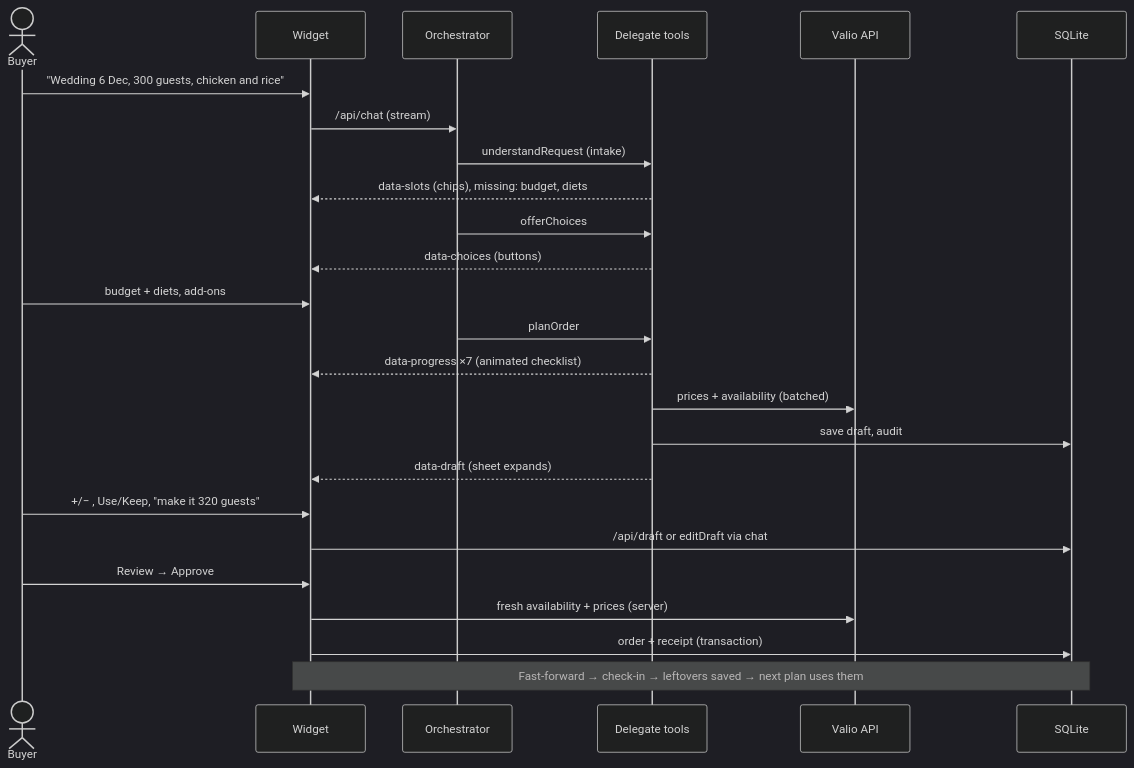
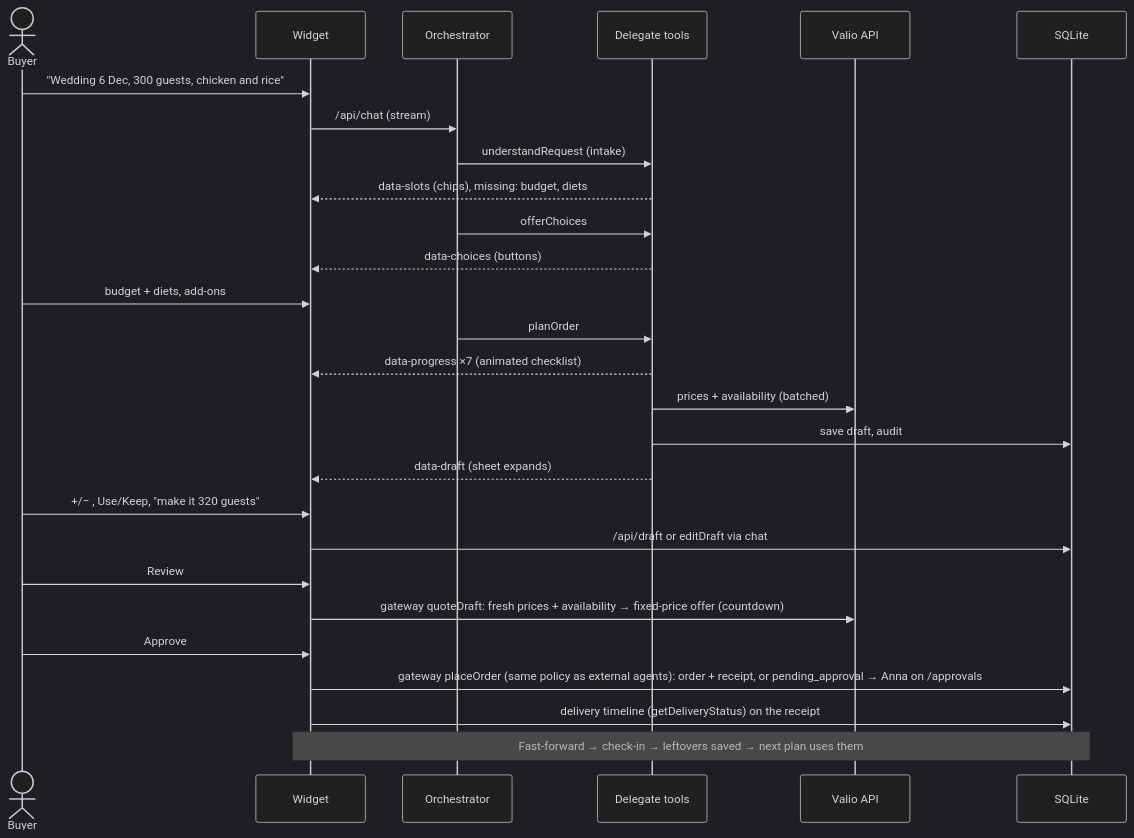
One commit to Viettranni/AimoValio-Junction2026 changed the second of 2 diagrams in ARCHITECTURE.md. Above: the diagram before and after it, drawn with Mermaid (dark theme). The commit also changed other lines of this file and 2 other files, not shown here.

Commit message:
Document the widget as a gateway client and the delivery timeline

````diff
--- a/ARCHITECTURE.md
+++ b/ARCHITECTURE.md
@@ -76,27 +77,29 @@
 ```mermaid
 sequenceDiagram
   actor B as Buyer
   participant UI as Widget
   participant O as Orchestrator
   participant T as Delegate tools
   participant V as Valio API
   participant DB as SQLite
   B->>UI: "Wedding 6 Dec, 300 guests, chicken and rice"
   UI->>O: /api/chat (stream)
   O->>T: understandRequest (intake)
   T-->>UI: data-slots (chips), missing: budget, diets
   O->>T: offerChoices
   T-->>UI: data-choices (buttons)
   B->>UI: budget + diets, add-ons
   O->>T: planOrder
   T-->>UI: data-progress ×7 (animated checklist)
   T->>V: prices + availability (batched)
   T->>DB: save draft, audit
   T-->>UI: data-draft (sheet expands)
   B->>UI: +/− , Use/Keep, "make it 320 guests"
   UI->>DB: /api/draft or editDraft via chat
-  B->>UI: Review → Approve
-  UI->>V: fresh availability + prices (server)
-  UI->>DB: order + receipt (transaction)
+  B->>UI: Review
+  UI->>V: gateway quoteDraft: fresh prices + availability → fixed-price offer (countdown)
+  B->>UI: Approve
+  UI->>DB: gateway placeOrder (same policy as external agents): order + receipt, or pending_approval → Anna on /approvals
+  UI->>DB: delivery timeline (getDeliveryStatus) on the receipt
   Note over UI,DB: Fast-forward → check-in → leftovers saved → next plan uses them
 ```
````
